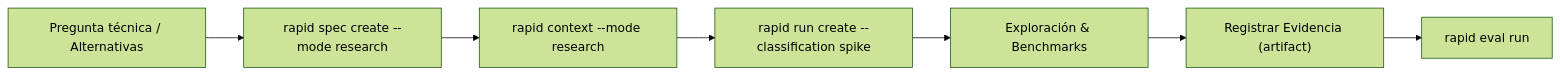
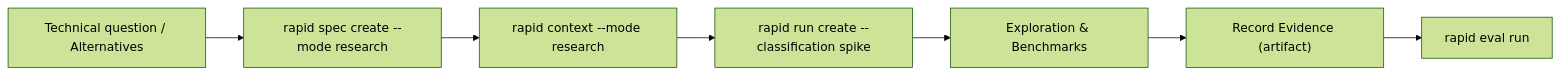
The diagram in docs/guides/modes/research.md (alyconr/Rapid-OS), drawn with Mermaid (forest theme) before and after one commit. The commit also changed other lines of this file and 81 other files, not shown here.

````diff
--- a/docs/guides/modes/research.md
+++ b/docs/guides/modes/research.md
@@ -40,9 +40,9 @@
 ```mermaid
 flowchart LR
-    Idea["Pregunta técnica / Alternativas"] --> Spec["rapid spec create --mode research"]
+    Idea["Technical question / Alternatives"] --> Spec["rapid spec create --mode research"]
     Spec --> Context["rapid context --mode research"]
     Context --> Run["rapid run create --classification spike"]
-    Run --> Spike["Exploración & Benchmarks"]
-    Spike --> Evidence["Registrar Evidencia (artifact)"]
+    Run --> Spike["Exploration & Benchmarks"]
+    Spike --> Evidence["Record Evidence (artifact)"]
     Evidence --> Eval["rapid eval run"]
 ```
````
